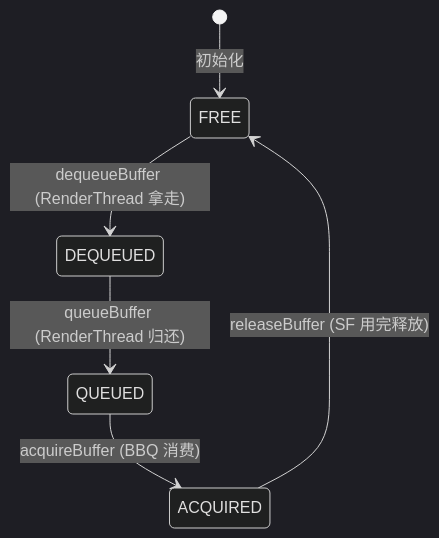
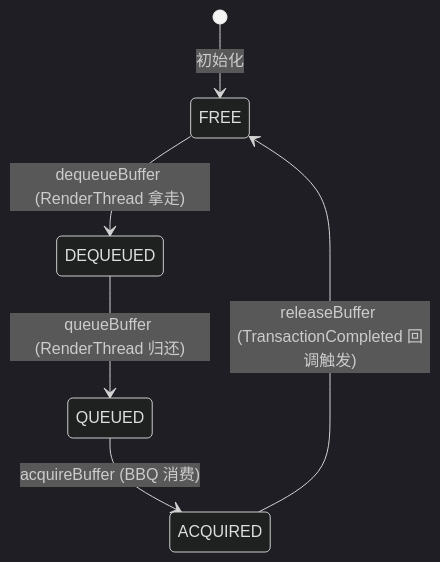
One commit to Gracker/android-internals-wiki changed the first of 2 diagrams in src/part2-performance/ch18-rendering-pipelines/02-android-view-standard.md. Above: the diagram before and after it, drawn with Mermaid (dark theme). The commit also changed other lines of this file and 3 other files, not shown here.

````diff
--- a/src/part2-performance/ch18-rendering-pipelines/02-android-view-standard.md
+++ b/src/part2-performance/ch18-rendering-pipelines/02-android-view-standard.md
@@ -83,8 +84,8 @@
 ```mermaid
 stateDiagram-v2
     [*] --> FREE: 初始化
     FREE --> DEQUEUED: dequeueBuffer (RenderThread 拿走)
     DEQUEUED --> QUEUED: queueBuffer (RenderThread 归还)
     QUEUED --> ACQUIRED: acquireBuffer (BBQ 消费)
-    ACQUIRED --> FREE: releaseBuffer (SF 用完释放)
+    ACQUIRED --> FREE: releaseBuffer (TransactionCompleted 回调触发)
 ```
````
